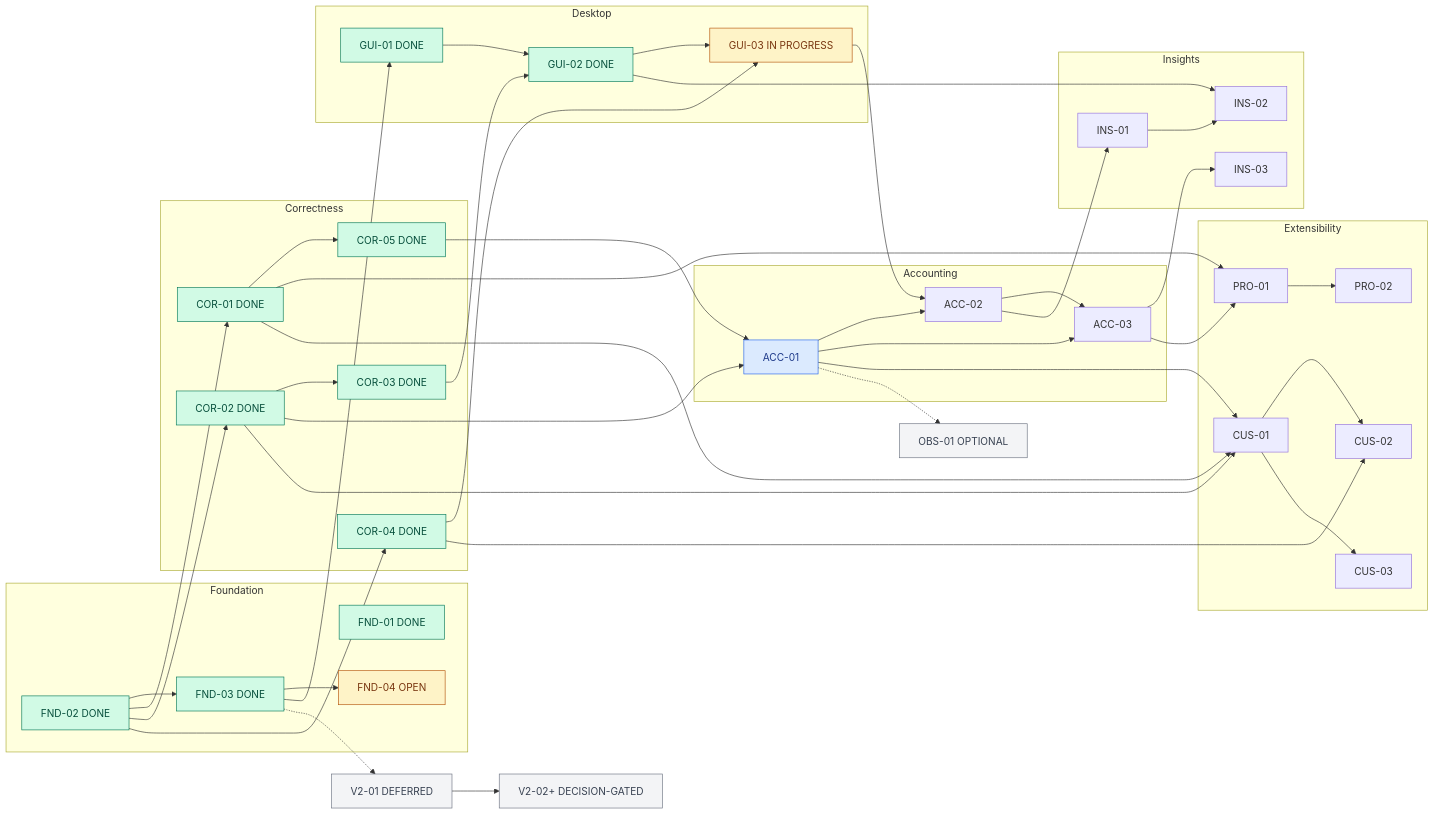
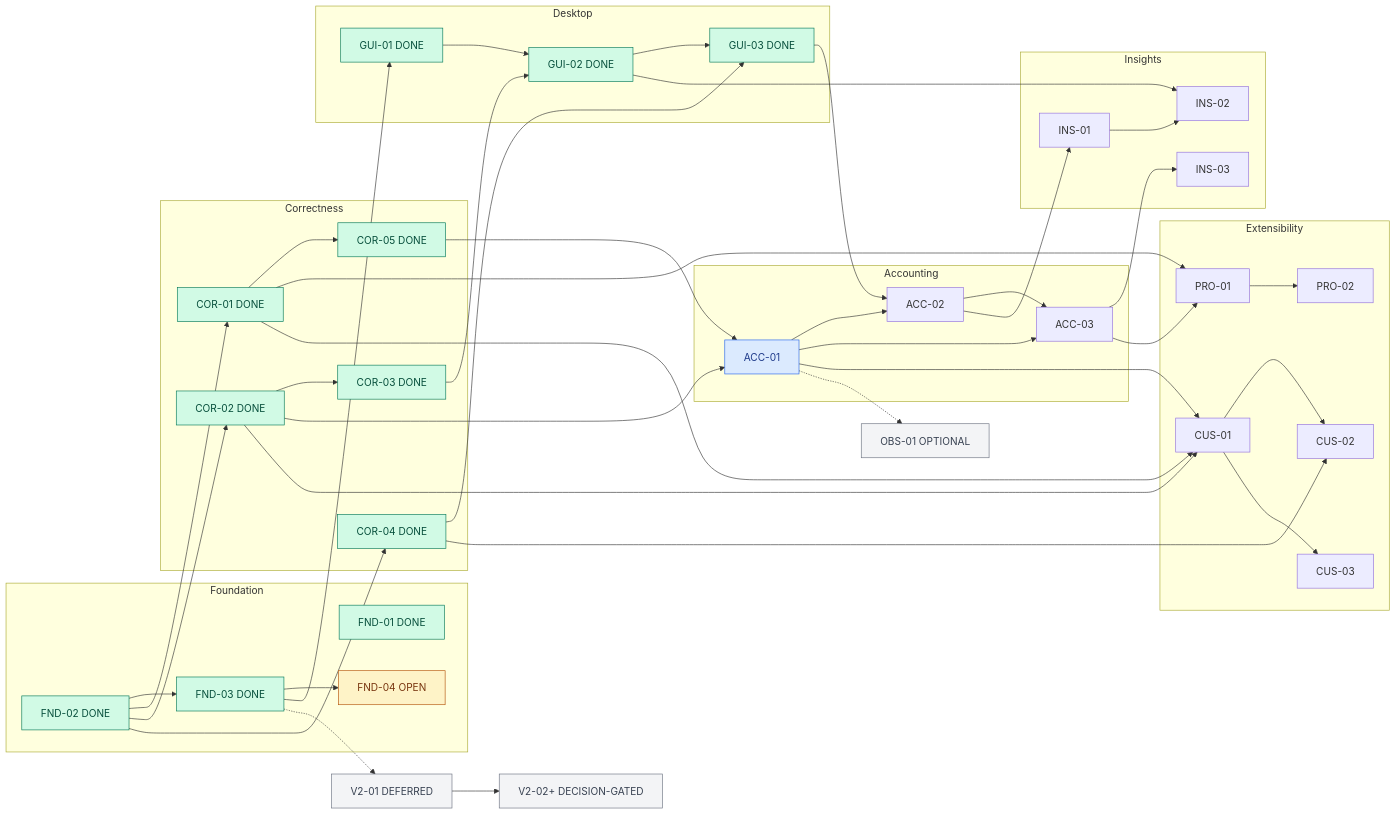
One commit to slkiser/opencode-quota changed the second of 2 diagrams in docs/UPSTREAM_DELIVERY_PLAN.md. Above: the diagram before and after it, drawn with Mermaid. The commit also changed other lines of this file and 3 other files, not shown here.

````diff
--- a/docs/UPSTREAM_DELIVERY_PLAN.md
+++ b/docs/UPSTREAM_DELIVERY_PLAN.md
@@ -180,58 +180,58 @@
 ```mermaid
 flowchart LR
   subgraph Foundation
     F01["FND-01 DONE"]
     F02["FND-02 DONE"] --> F03["FND-03 DONE"]
     F03 --> F04["FND-04 OPEN"]
   end
   subgraph Correctness
     F02 --> C01["COR-01 DONE"]
     F02 --> C02["COR-02 DONE"]
     C02 --> C03["COR-03 DONE"]
     F02 --> C04["COR-04 DONE"]
     C01 --> C05["COR-05 DONE"]
   end
   subgraph Desktop
     F03 --> G01["GUI-01 DONE"]
     G01 --> G02["GUI-02 DONE"]
     C03 --> G02
-    G02 --> G03["GUI-03 IN PROGRESS"]
+    G02 --> G03["GUI-03 DONE"]
     C04 --> G03
   end
   subgraph Accounting
     C02 --> A01["ACC-01"]
     C05 --> A01
     A01 --> A02["ACC-02"]
     G03 --> A02
     A01 --> A03["ACC-03"]
     A02 --> A03
   end
   subgraph Insights
     A02 --> I01["INS-01"]
     I01 --> I02["INS-02"]
     G02 --> I02
     A03 --> I03["INS-03"]
   end
   subgraph Extensibility
     A03 --> P01["PRO-01"]
     C01 --> P01
     P01 --> P02["PRO-02"]
     A01 --> U01["CUS-01"]
     C01 --> U01
     C02 --> U01
     U01 --> U02["CUS-02"]
     C04 --> U02
     U01 --> U03["CUS-03"]
   end
   A01 -.-> O01["OBS-01 OPTIONAL"]
   F03 -.-> V01["V2-01 DEFERRED"]
   V01 --> V02["V2-02+ DECISION-GATED"]
   classDef done fill:#d1fae5,stroke:#047857,color:#064e3b;
   classDef active fill:#fef3c7,stroke:#b45309,color:#78350f;
   classDef ready fill:#dbeafe,stroke:#2563eb,color:#1e3a8a;
   classDef optional fill:#f3f4f6,stroke:#6b7280,color:#374151;
-  class F01,F02,F03,C01,C02,C03,C04,C05,G01,G02 done;
-  class F04,G03 active;
+  class F01,F02,F03,C01,C02,C03,C04,C05,G01,G02,G03 done;
+  class F04 active;
   class A01 ready;
   class O01,V01,V02 optional;
 ```
````
